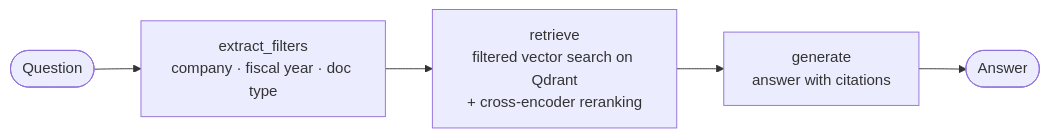
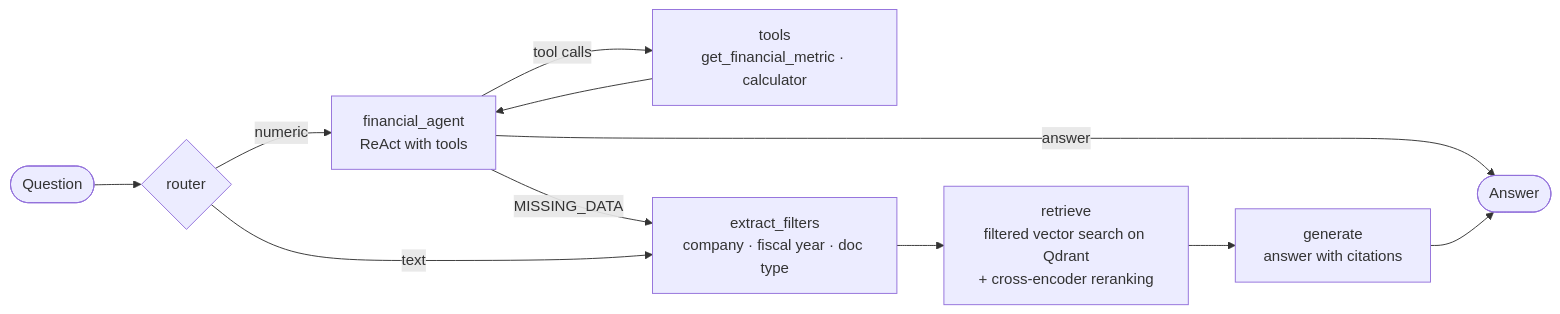
Before and after one commit to 33Domenico/financial_agentic_rag: the diagram in README.md, drawn with Mermaid. The commit also changed other lines of this file and 16 other files, not shown here.

````diff
--- a/README.md
+++ b/README.md
@@ -19,7 +20,13 @@
 ```mermaid
 flowchart LR
-    Q([Question]) --> F[extract_filters<br/>company · fiscal year · doc type]
+    Q([Question]) --> RT{router}
+    RT -- numeric --> FA[financial_agent<br/>ReAct with tools]
+    FA -- tool calls --> T[tools<br/>get_financial_metric · calculator]
+    T --> FA
+    FA -- answer --> A([Answer])
+    FA -- MISSING_DATA --> F
+    RT -- text --> F[extract_filters<br/>company · fiscal year · doc type]
     F --> R[retrieve<br/>filtered vector search on Qdrant<br/>+ cross-encoder reranking]
     R --> G[generate<br/>answer with citations]
-    G --> A([Answer])
+    G --> A
 ```
````
